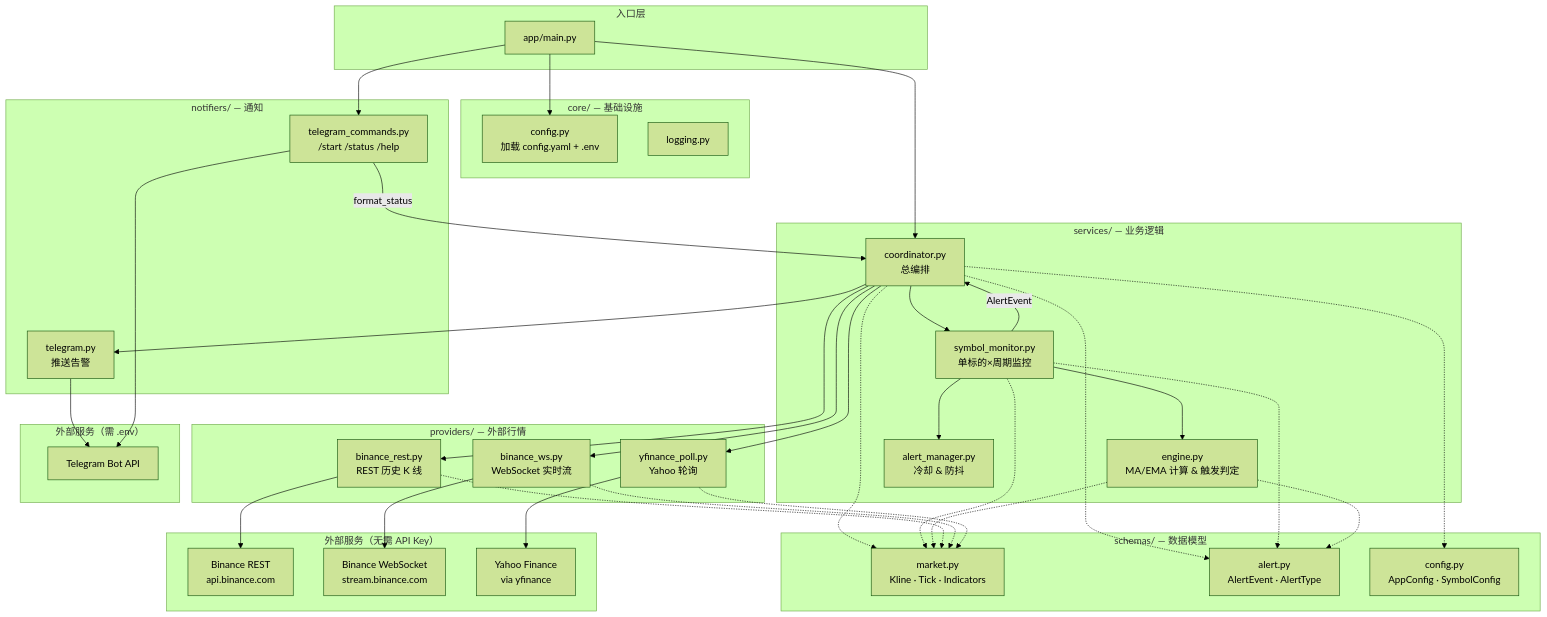
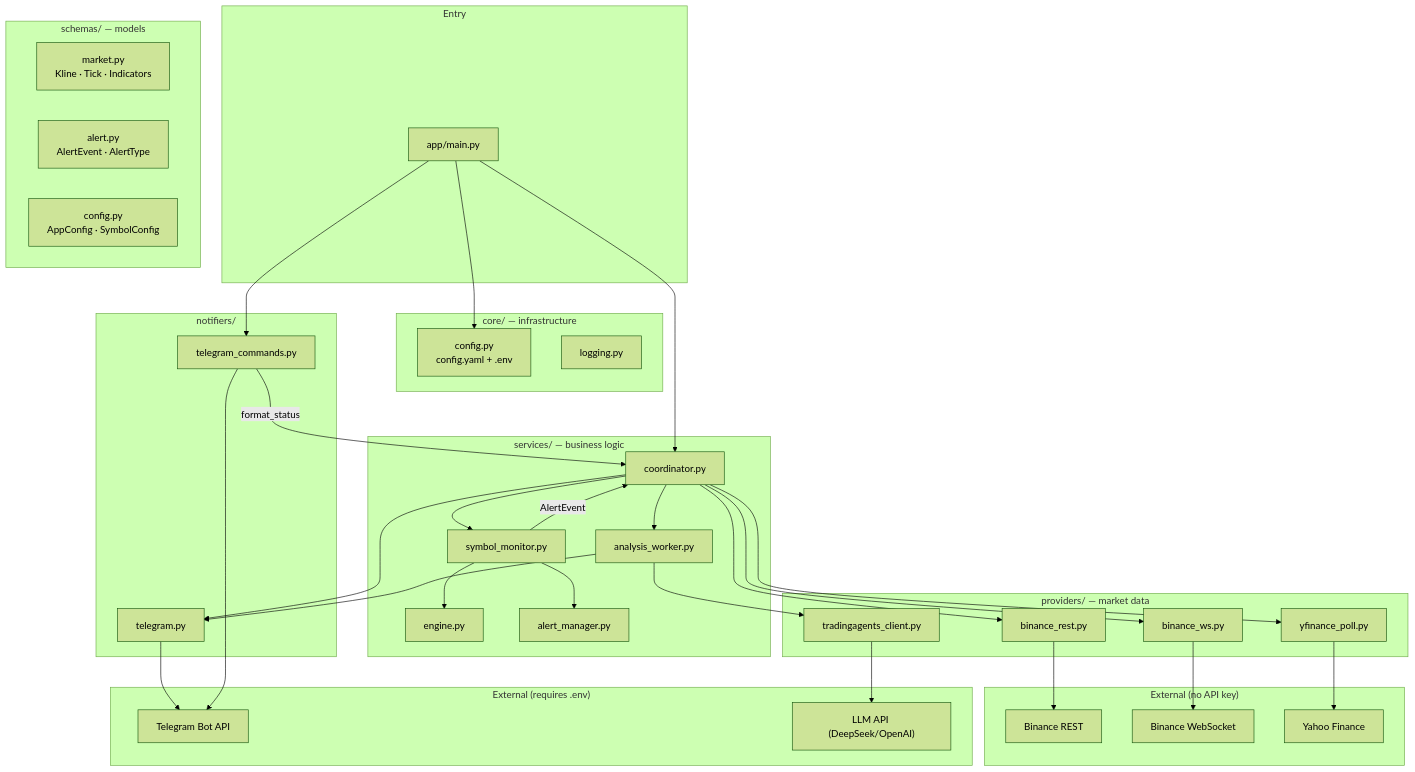
Before and after one commit to Formyselfonly/invest-alert-bot: the first of 6 diagrams in readme.md, drawn with Mermaid (forest theme). The commit also changed other lines of this file and 1 other file, not shown here.

````diff
--- a/readme.md
+++ b/readme.md
@@ -98,65 +105,67 @@
 ```mermaid
 flowchart TB
-    subgraph Entry["入口层"]
+    subgraph Entry["Entry"]
         MAIN["app/main.py"]
     end
 
-    subgraph Core["core/ — 基础设施"]
-        CFG["config.py<br/>加载 config.yaml + .env"]
+    subgraph Core["core/ — infrastructure"]
+        CFG["config.py<br/>config.yaml + .env"]
         LOG["logging.py"]
     end
 
-    subgraph Schemas["schemas/ — 数据模型"]
+    subgraph Schemas["schemas/ — models"]
         MK["market.py<br/>Kline · Tick · Indicators"]
         AL["alert.py<br/>AlertEvent · AlertType"]
         SC["config.py<br/>AppConfig · SymbolConfig"]
     end
 
-    subgraph Providers["providers/ — 外部行情"]
-        BREST["binance_rest.py<br/>REST 历史 K 线"]
-        BWS["binance_ws.py<br/>WebSocket 实时流"]
-        YF["yfinance_poll.py<br/>Yahoo 轮询"]
+    subgraph Providers["providers/ — market data"]
+        BREST["binance_rest.py"]
+        BWS["binance_ws.py"]
+        YF["yfinance_poll.py"]
+        TA["tradingagents_client.py"]
     end
 
-    subgraph Services["services/ — 业务逻辑"]
-        COORD["coordinator.py<br/>总编排"]
-        SM["symbol_monitor.py<br/>单标的×周期监控"]
-        ENG["engine.py<br/>MA/EMA 计算 & 触发判定"]
-        AM["alert_manager.py<br/>冷却 & 防抖"]
+    subgraph Services["services/ — business logic"]
+        COORD["coordinator.py"]
+        SM["symbol_monitor.py"]
+        ENG["engine.py"]
+        AM["alert_manager.py"]
+        AW["analysis_worker.py"]
     end
 
-    subgraph Notifiers["notifiers/ — 通知"]
-        TG["telegram.py<br/>推送告警"]
-        TGCMD["telegram_commands.py<br/>/start /status /help"]
+    subgraph Notifiers["notifiers/"]
+        TG["telegram.py"]
+        TGCMD["telegram_commands.py"]
     end
 
-    subgraph External["外部服务（无需 API Key）"]
-        BINREST["Binance REST<br/>api.binance.com"]
-        BINWS["Binance WebSocket<br/>stream.binance.com"]
-        YAHOO["Yahoo Finance<br/>via yfinance"]
+    subgraph External["External (no API key)"]
+        BINREST["Binance REST"]
+        BINWS["Binance WebSocket"]
+        YAHOO["Yahoo Finance"]
     end
 
-    subgraph ExternalAuth["外部服务（需 .env）"]
+    subgraph ExternalAuth["External (requires .env)"]
         TGAPI["Telegram Bot API"]
+        LLM["LLM API (DeepSeek/OpenAI)"]
     end
 
     MAIN --> CFG
     MAIN --> COORD
     MAIN --> TGCMD
     COORD --> BREST & BWS & YF
     COORD --> SM
     SM --> ENG & AM
     SM -->|AlertEvent| COORD
     COORD --> TG
+    COORD --> AW
+    AW --> TA
+    AW --> TG
     TGCMD -->|format_status| COORD
 
     BREST --> BINREST
     BWS --> BINWS
     YF --> YAHOO
+    TA --> LLM
     TG & TGCMD --> TGAPI
-
-    COORD -.-> MK & AL & SC
-    SM -.-> MK & AL
-    ENG -.-> MK & AL
-    BREST & BWS & YF -.-> MK
 ```
````
